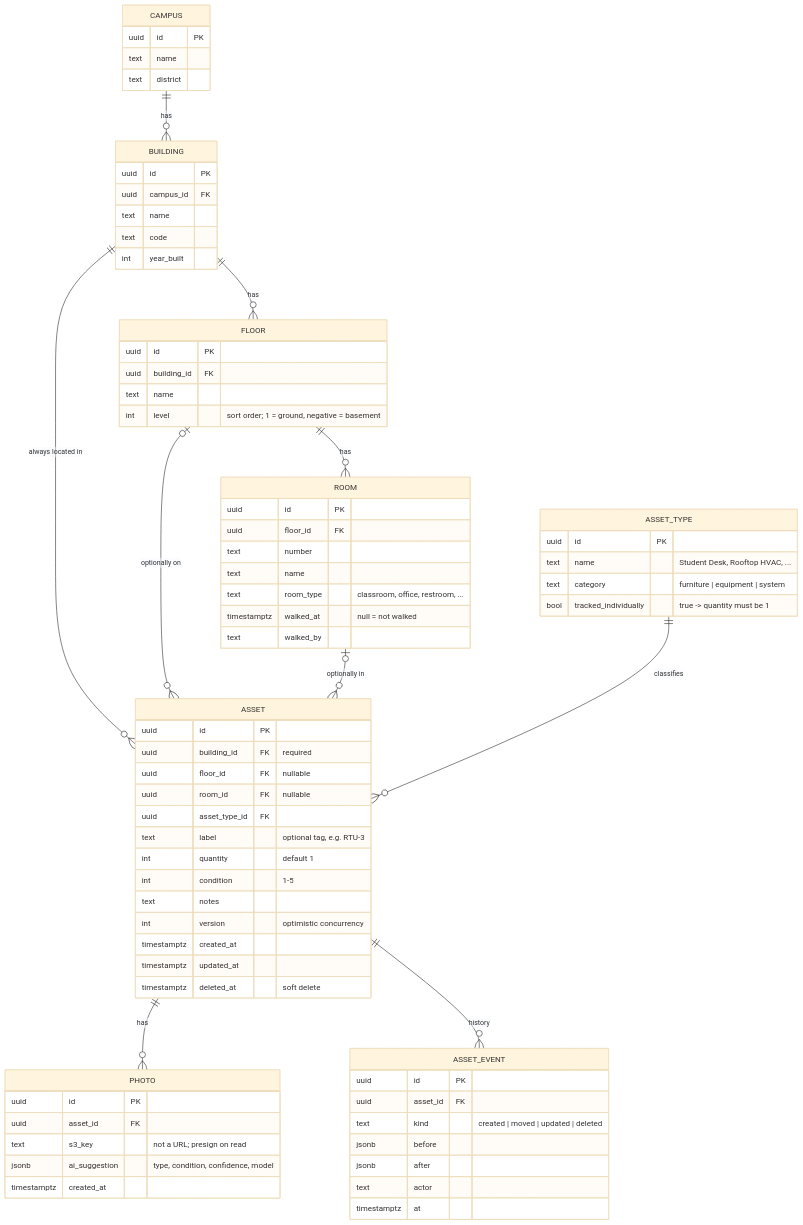
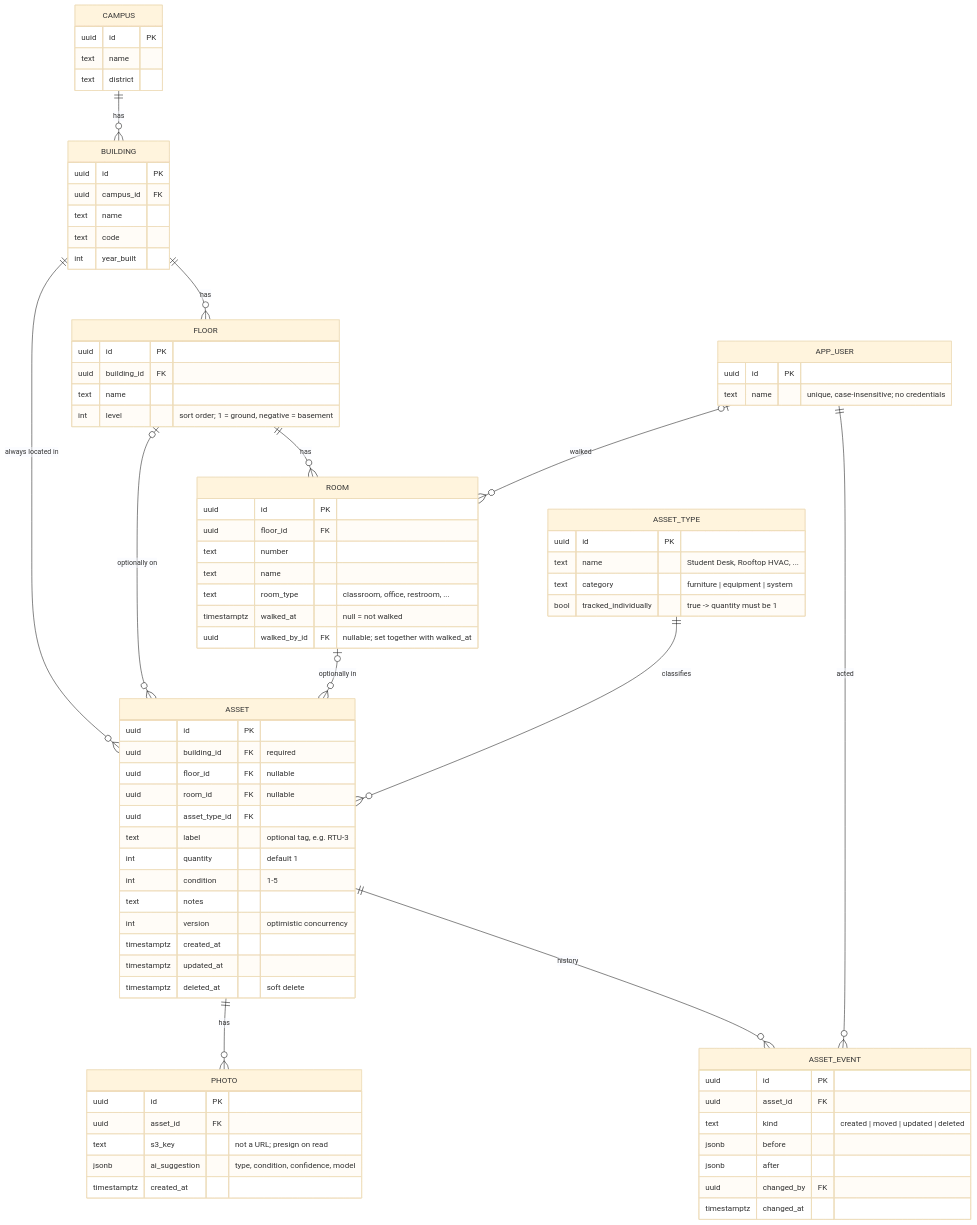
The diagram in Project Scope.md (mcsantiago/vlk-architects-campus-walk), drawn with Mermaid (base theme) before and after one commit. The commit also changed other lines of this file and 35 other files, not shown here.

````diff
--- a/Project Scope.md
+++ b/Project Scope.md
@@ -52,7 +53,13 @@
   ASSET_TYPE ||--o{ ASSET : classifies
   ASSET ||--o{ PHOTO : has
   ASSET ||--o{ ASSET_EVENT : history
+  APP_USER |o--o{ ROOM : walked
+  APP_USER ||--o{ ASSET_EVENT : acted
 
+  APP_USER {
+    uuid id PK
+    text name "unique, case-insensitive; no credentials"
+  }
   CAMPUS {
     uuid id PK
     text name
@@ -78,7 +85,7 @@
     text name
     text room_type "classroom, office, restroom, ..."
     timestamptz walked_at "null = not walked"
-    text walked_by
+    uuid walked_by_id FK "nullable; set together with walked_at"
   }
   ASSET_TYPE {
     uuid id PK
@@ -114,7 +121,7 @@
     text kind "created | moved | updated | deleted"
     jsonb before
     jsonb after
-    text actor
-    timestamptz at
+    uuid changed_by FK
+    timestamptz changed_at
   }
 ```
````
